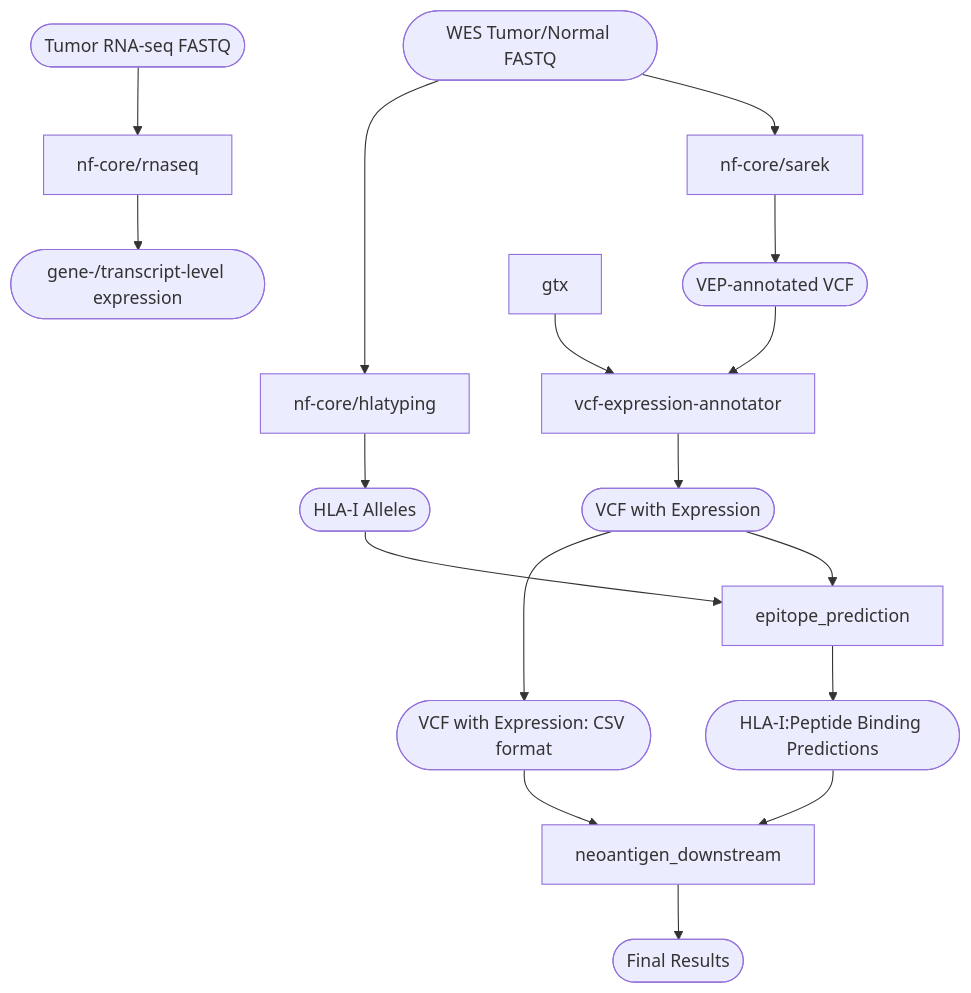
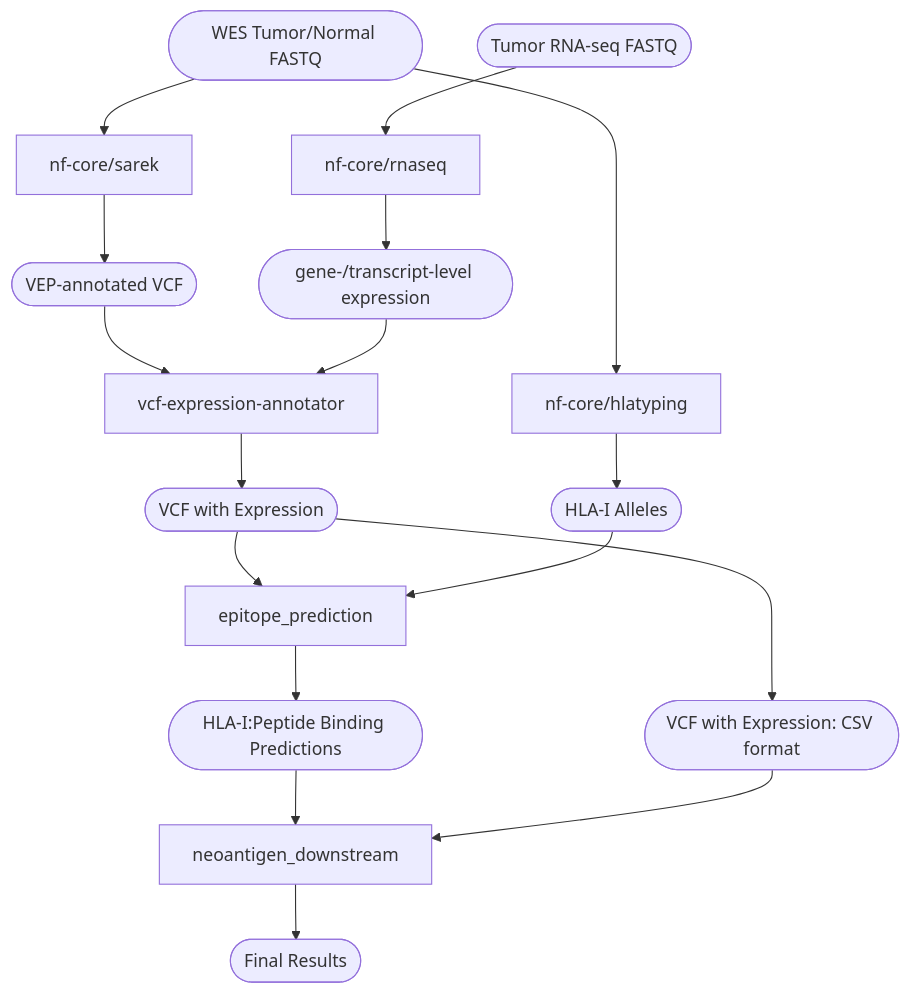
Before and after one commit to tylergross97/neoantigen_prediction_workflow: the diagram in README.md, drawn with Mermaid.

Commit message:
connected RNA-seq outputs  on mermaid

````diff
--- a/README.md
+++ b/README.md
@@ -27,19 +27,19 @@
 ```mermaid
 flowchart TD
     wes_fastq([WES Tumor/Normal FASTQ]) --> sarek[nf-core/sarek]
     sarek --> vep_vcf([VEP-annotated VCF])
     rnaseq_fastq([Tumor RNA-seq FASTQ]) --> rnaseq[nf-core/rnaseq]
     vep_vcf --> expr_annotator[vcf-expression-annotator]
-    rnaseq --> g_t_x([gene-/transcript-level expression])
+    rnaseq --> gtx([gene-/transcript-level expression])
     gtx --> expr_annotator
     expr_annotator --> expr_vcf([VCF with Expression])
     wes_fastq --> hlatyping[nf-core/hlatyping]
     hlatyping --> hla_alleles([HLA-I Alleles])
     expr_vcf --> epipred[epitope_prediction]
     expr_vcf --> expr_vcf_csv([VCF with Expression: CSV format])
     hla_alleles --> epipred
     epipred --> hla_pep([HLA-I:Peptide Binding Predictions])
     hla_pep --> downstream[neoantigen_downstream]
     expr_vcf_csv --> downstream
     downstream --> final([Final Results])
 ```
````
